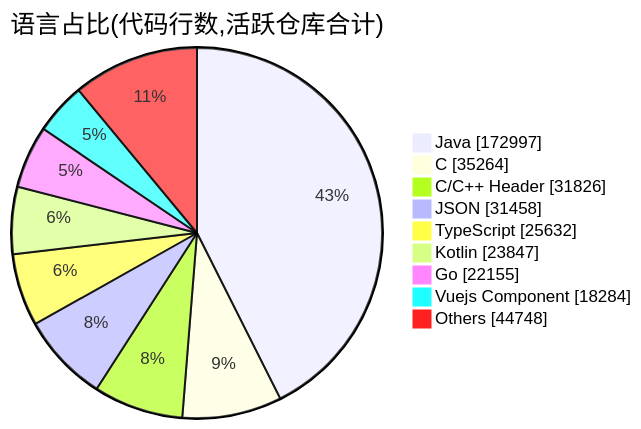
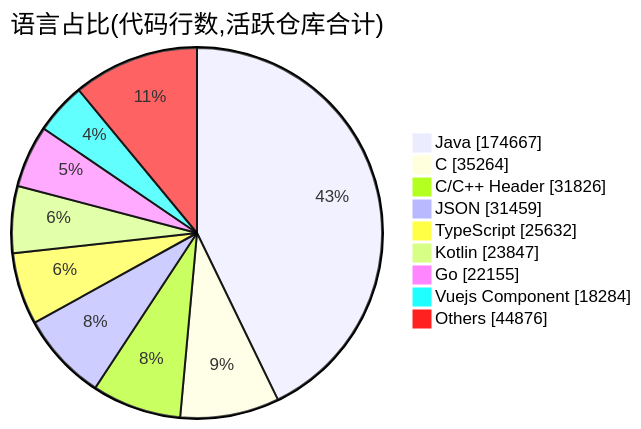
Before and after one commit to Conflux-Union/.github: the second of 2 diagrams in profile/README.md, drawn with Mermaid. The commit also changed other lines of this file and 1 other file, not shown here.

````diff
--- a/profile/README.md
+++ b/profile/README.md
@@ -83,13 +83,13 @@
 ```mermaid
 pie showData
     title 语言占比(代码行数,活跃仓库合计)
-    "Java" : 172997
+    "Java" : 174667
     "C" : 35264
     "C/C++ Header" : 31826
-    "JSON" : 31458
+    "JSON" : 31459
     "TypeScript" : 25632
     "Kotlin" : 23847
     "Go" : 22155
     "Vuejs Component" : 18284
-    "Others" : 44748
+    "Others" : 44876
 ```
````
